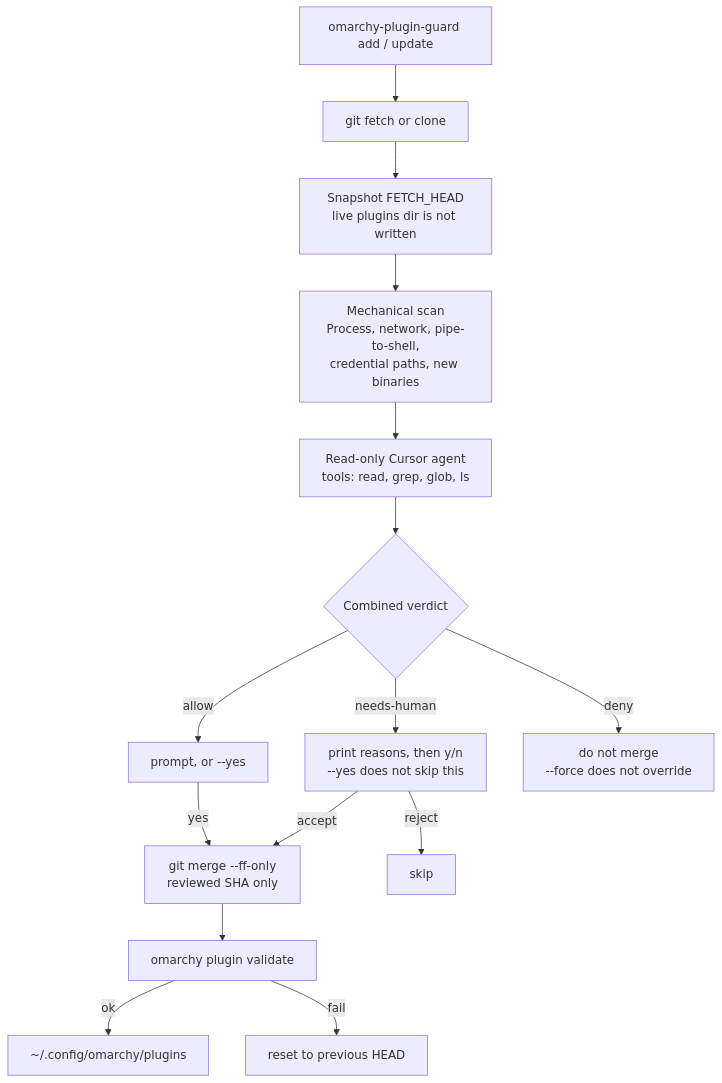
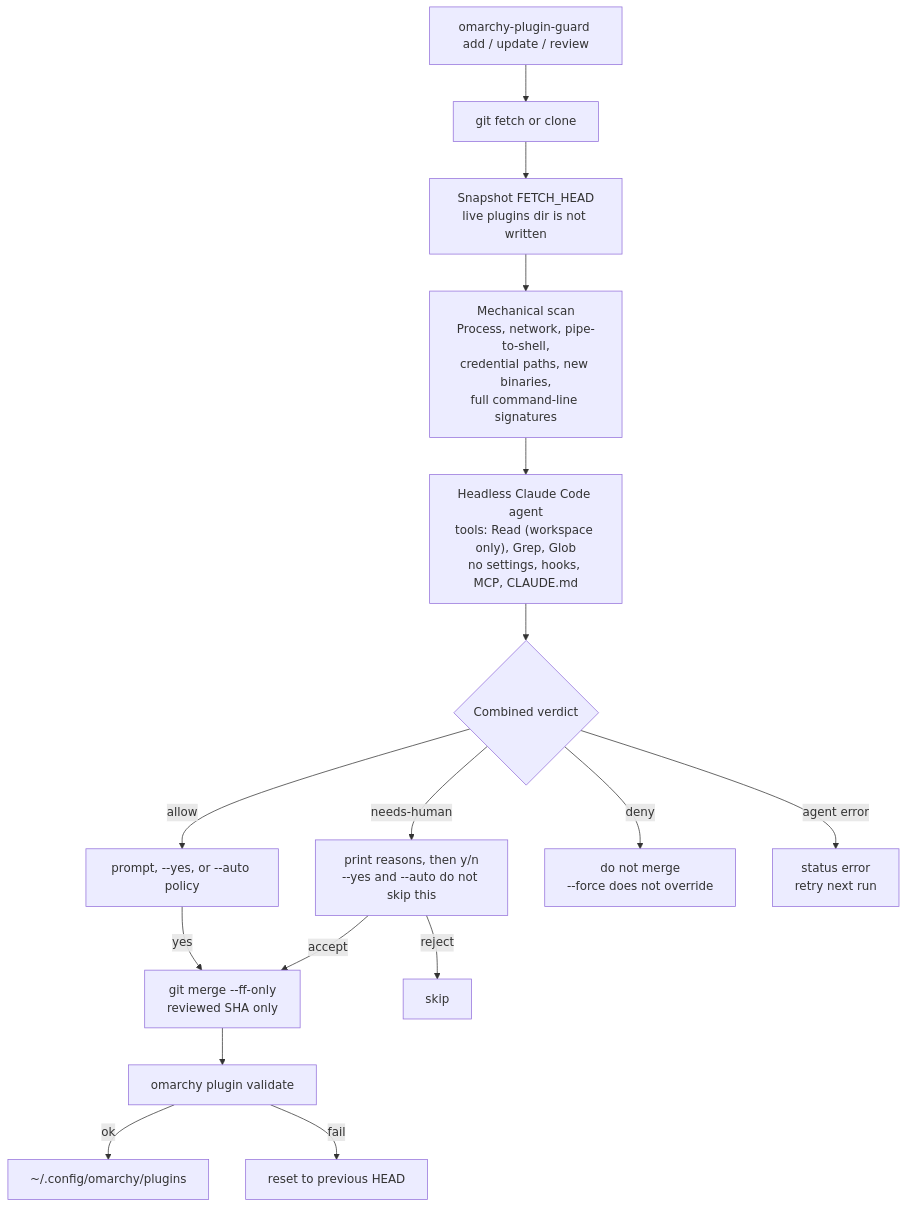
The diagram in README.md (yelenkovsky/omarchy-plugin-guard), drawn with Mermaid before and after one commit. The commit also changed other lines of this file and 16 other files, not shown here.

First line of the commit message:
Replace the Cursor agent with headless Claude Code and add a daily review timer.

````diff
--- a/README.md
+++ b/README.md
@@ -3,19 +3,20 @@
 ```mermaid
 flowchart TD
-  start["omarchy-plugin-guard add / update"] --> fetch["git fetch or clone"]
+  start["omarchy-plugin-guard add / update / review"] --> fetch["git fetch or clone"]
   fetch --> snap["Snapshot FETCH_HEAD<br/>live plugins dir is not written"]
-  snap --> scan["Mechanical scan<br/>Process, network, pipe-to-shell,<br/>credential paths, new binaries"]
-  scan --> agent["Read-only Cursor agent<br/>tools: read, grep, glob, ls"]
+  snap --> scan["Mechanical scan<br/>Process, network, pipe-to-shell,<br/>credential paths, new binaries,<br/>full command-line signatures"]
+  scan --> agent["Headless Claude Code agent<br/>tools: Read (workspace only), Grep, Glob<br/>no settings, hooks, MCP, CLAUDE.md"]
   agent --> verdict{"Combined verdict"}
 
-  verdict -->|allow| confirm["prompt, or --yes"]
-  verdict -->|needs-human| human["print reasons, then y/n<br/>--yes does not skip this"]
+  verdict -->|allow| confirm["prompt, --yes, or --auto policy"]
+  verdict -->|needs-human| human["print reasons, then y/n<br/>--yes and --auto do not skip this"]
   verdict -->|deny| stop["do not merge<br/>--force does not override"]
+  verdict -->|agent error| retry["status error<br/>retry next run"]
 
   confirm -->|yes| merge["git merge --ff-only<br/>reviewed SHA only"]
   human -->|accept| merge
   human -->|reject| skip["skip"]
   merge --> validate["omarchy plugin validate"]
   validate -->|ok| live["~/.config/omarchy/plugins"]
   validate -->|fail| rollback["reset to previous HEAD"]
 ```
````
